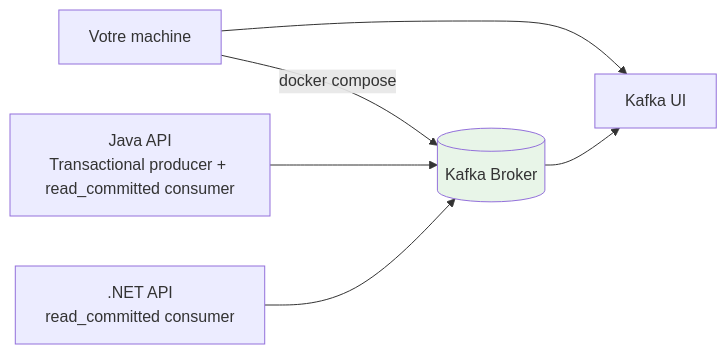
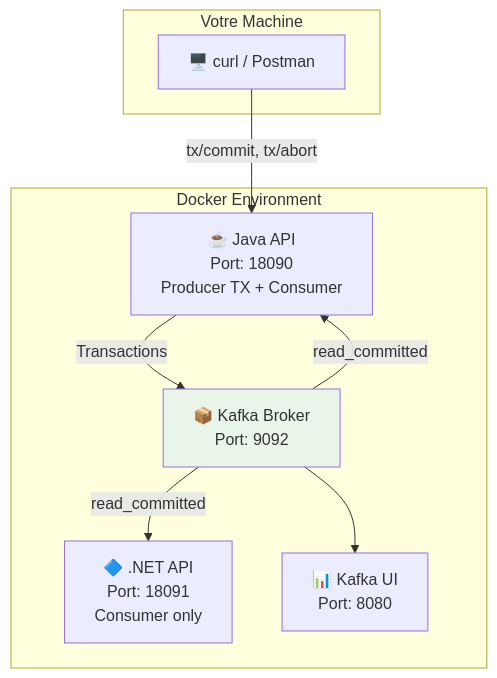
Diagram 13 of 13 in formation-v2/day-01-foundations/module-03-consumer-read-committed/README.md (msellamiTN/kafka-bhf), drawn with Mermaid before and after one commit. The commit also changed other lines of this file and 2 other files, not shown here.

Commit message:
Add comprehensive theoretical content with diagrams to all modules

````diff
--- a/formation-v2/day-01-foundations/module-03-consumer-read-committed/README.md
+++ b/formation-v2/day-01-foundations/module-03-consumer-read-committed/README.md
@@ -16,12 +415,21 @@
 ```mermaid
-flowchart LR
-  Dev[Votre machine] -->|docker compose| K[(Kafka Broker)]
-  Dev --> UI[Kafka UI]
-
-  JAPI[Java API<br/>Transactional producer + read_committed consumer] --> K
-  NAPI[.NET API<br/>read_committed consumer] --> K
-
-  K --> UI
-
-  style K fill:#e8f5e8
+flowchart TB
+    subgraph Client["Votre Machine"]
+        curl["🖥️ curl / Postman"]
+    end
+    
+    subgraph Docker["Docker Environment"]
+        Java["☕ Java API<br/>Port: 18090<br/>Producer TX + Consumer"]
+        DotNet["🔷 .NET API<br/>Port: 18091<br/>Consumer only"]
+        K["📦 Kafka Broker<br/>Port: 9092"]
+        UI["📊 Kafka UI<br/>Port: 8080"]
+    end
+    
+    curl -->|"tx/commit, tx/abort"| Java
+    Java -->|"Transactions"| K
+    K -->|"read_committed"| Java
+    K -->|"read_committed"| DotNet
+    K --> UI
+    
+    style K fill:#e8f5e8
 ```
````
